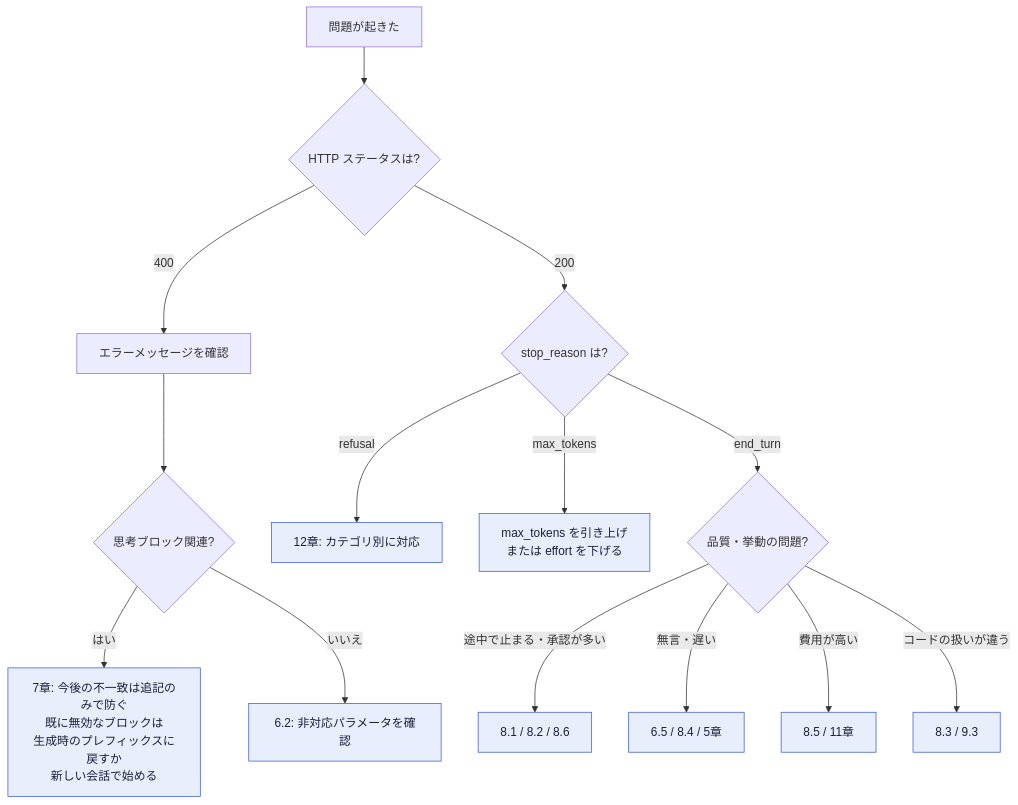
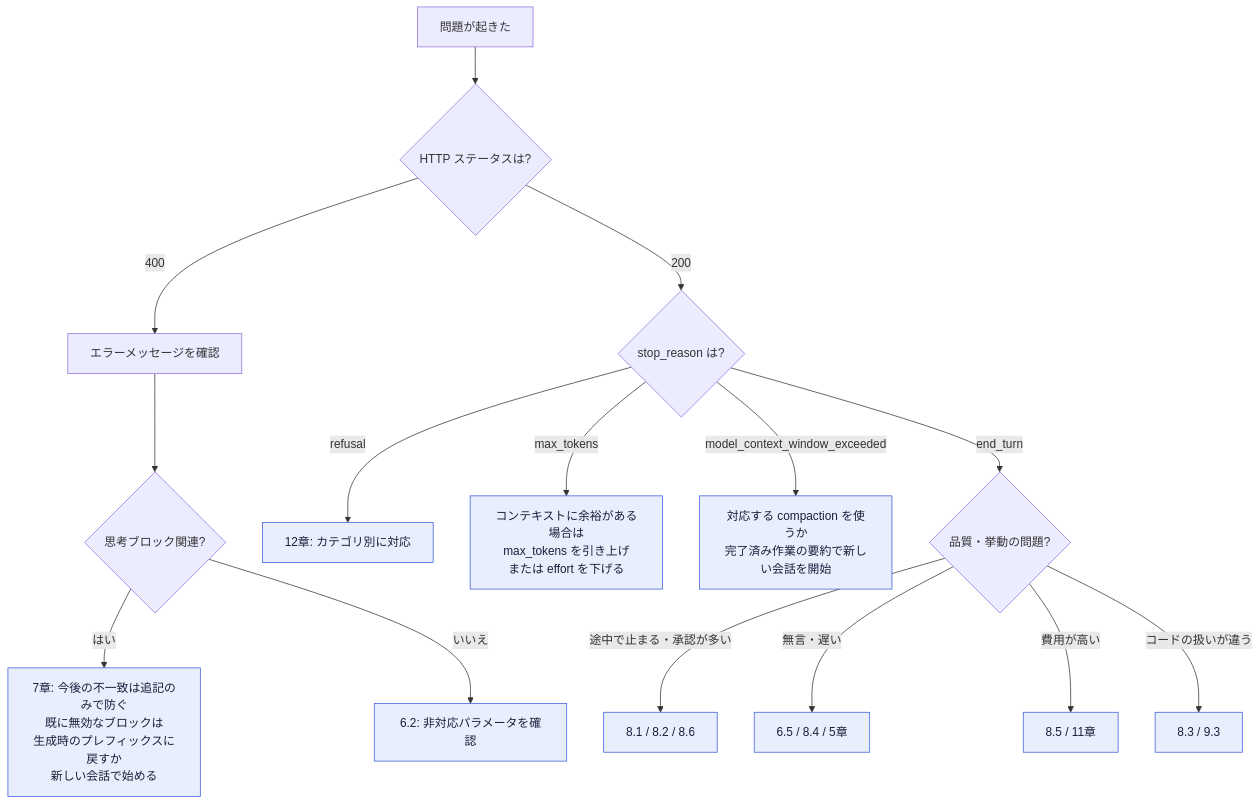
One commit to myoshi2891/Comparison-of-LLMs changed the ninth of 10 diagrams in archive/md/Anthropic/Claude-fable-5-2-best-practices-guide.md. Above: the diagram before and after it, drawn with Mermaid. The commit also changed other lines of this file and 9 other files, not shown here.

````diff
--- a/archive/md/Anthropic/Claude-fable-5-2-best-practices-guide.md
+++ b/archive/md/Anthropic/Claude-fable-5-2-best-practices-guide.md
@@ -1435,19 +1455,20 @@
 ```mermaid
 flowchart TD
     S["問題が起きた"] --> A{"HTTP ステータスは?"}
     A -- "400" --> B["エラーメッセージを確認"]
     B --> B1{"思考ブロック関連?"}
     B1 -- "はい" --> R7["7章: 今後の不一致は追記のみで防ぐ<br/>既に無効なブロックは<br/>生成時のプレフィックスに戻すか<br/>新しい会話で始める"]
     B1 -- "いいえ" --> R6["6.2: 非対応パラメータを確認"]
     A -- "200" --> C{"stop_reason は?"}
     C -- "refusal" --> R12["12章: カテゴリ別に対応"]
-    C -- "max_tokens" --> R6B["max_tokens を引き上げ<br/>または effort を下げる"]
+    C -- "max_tokens" --> R6B["コンテキストに余裕がある場合は<br/>max_tokens を引き上げ<br/>または effort を下げる"]
+    C -- "model_context_window_exceeded" --> R6C["対応する compaction を使うか<br/>完了済み作業の要約で新しい会話を開始"]
     C -- "end_turn" --> D{"品質・挙動の問題?"}
     D -- "途中で止まる・承認が多い" --> R81["8.1 / 8.2 / 8.6"]
     D -- "無言・遅い" --> R84["6.5 / 8.4 / 5章"]
     D -- "費用が高い" --> R11["8.5 / 11章"]
     D -- "コードの扱いが違う" --> R83["8.3 / 9.3"]
 
     classDef main fill:#e8eefc,stroke:#3b5bdb,color:#1b1f3b
-    class R7,R6,R12,R6B,R81,R84,R11,R83 main
+    class R7,R6,R12,R6B,R6C,R81,R84,R11,R83 main
 ```
````
